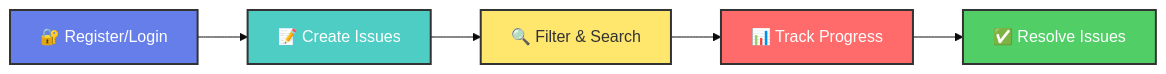
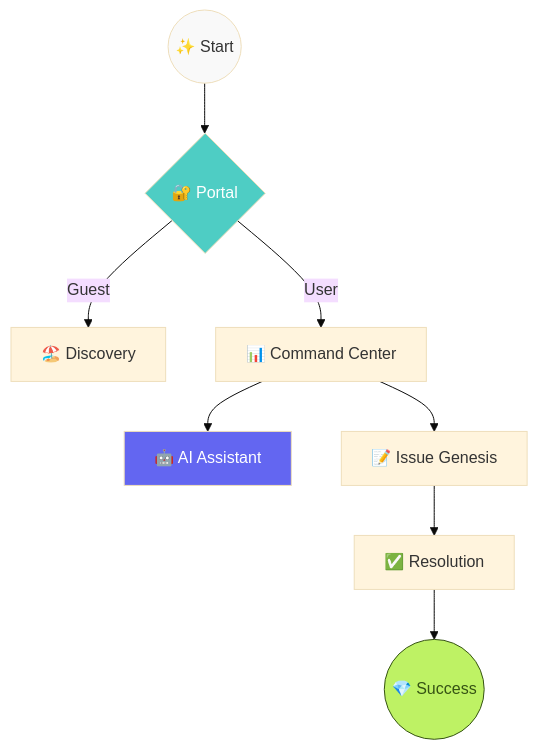
One commit to AtharvaLotankar11/CompliFlow_Website changed the diagram in README.md. Above: the diagram before and after it, drawn with Mermaid (base theme). The commit also changed other lines of this file and 18 other files, not shown here.

````diff
--- a/README.md
+++ b/README.md
@@ -162,13 +149,15 @@
 ```mermaid
-graph LR
-    A[🔐 Register/Login] --> B[📝 Create Issues]
-    B --> C[🔍 Filter & Search]
-    C --> D[📊 Track Progress]
-    D --> E[✅ Resolve Issues]
+graph TD
+    Start((✨ Start)) --> Auth{🔐 Portal}
+    Auth -->|Guest| Landing[🏖️ Discovery]
+    Auth -->|User| Dashboard[📊 Command Center]
+    Dashboard --> AI[🤖 AI Assistant]
+    Dashboard --> Issues[📝 Issue Genesis]
+    Issues --> Resolve[✅ Resolution]
+    Resolve --> End((💎 Success))
     
-    style A fill:#667eea,stroke:#333,stroke-width:2px,color:#fff
-    style B fill:#4ecdc4,stroke:#333,stroke-width:2px,color:#fff
-    style C fill:#ffe66d,stroke:#333,stroke-width:2px,color:#333
-    style D fill:#ff6b6b,stroke:#333,stroke-width:2px,color:#fff
-    style E fill:#51cf66,stroke:#333,stroke-width:2px,color:#fff
+    style Start fill:#f9f9f9,stroke:#333Box
+    style End fill:#BEF264,stroke:#365314,color:#365314
+    style AI fill:#6366f1,color:#fff
+    style Auth fill:#4ecdc4,color:#fff
 ```
````
